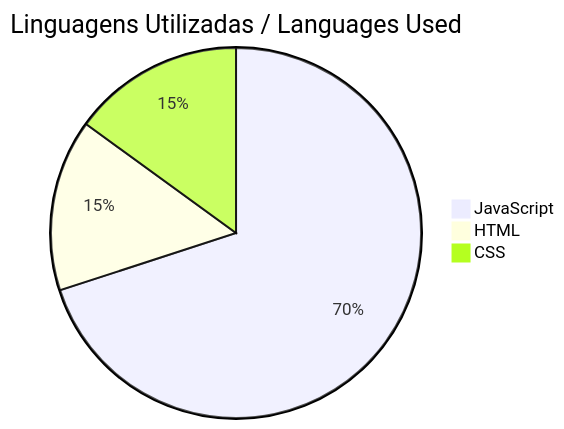
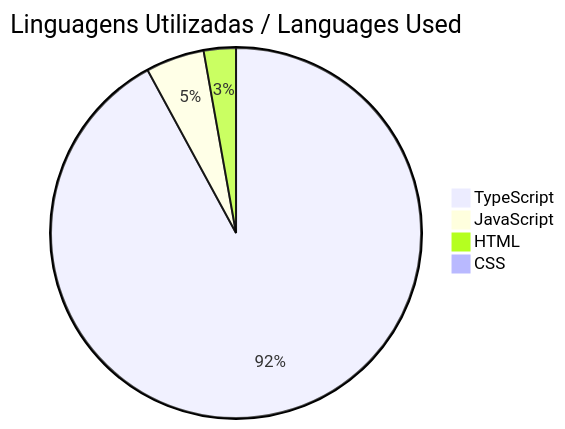
Before and after one commit to mtrodrigo/shop: the diagram in README.md, drawn with Mermaid.

Commit message:
atualização do arquivo readme.md

````diff
--- a/README.md
+++ b/README.md
@@ -27,7 +27,8 @@
 ```mermaid
 pie
   title Linguagens Utilizadas / Languages Used
-  "JavaScript": 70
-  "HTML": 15
-  "CSS": 15
+  "TypeScript": 91.9
+  "JavaScript": 5.1
+  "HTML": 2.8
+  "CSS": 0.2
 ```
````
